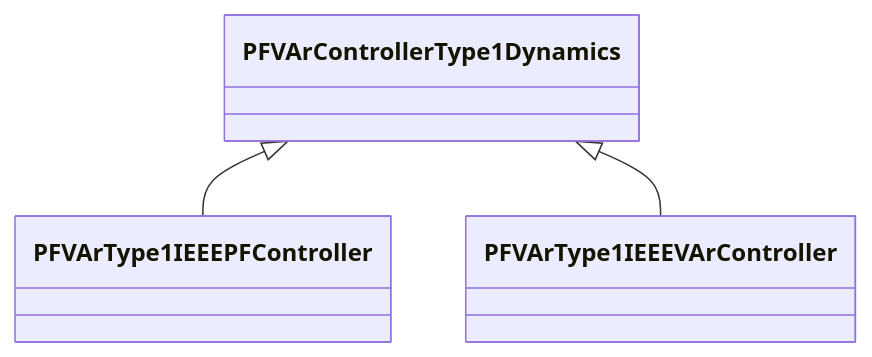
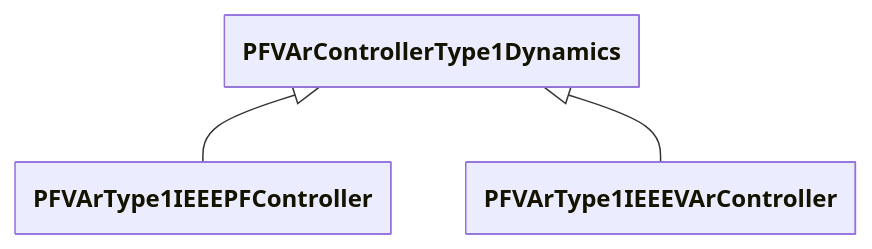
One commit to cim-cgmes/cim-cgmes.github.io changed the diagram in pages/docs/Profiles/Package_PFVArControllerType1Dynamics.md. Above: the diagram before and after it, drawn with Mermaid. The commit also changed 561 other files, not shown here.

````diff
--- a/pages/docs/Profiles/Package_PFVArControllerType1Dynamics.md
+++ b/pages/docs/Profiles/Package_PFVArControllerType1Dynamics.md
@@ -5,5 +5,10 @@
 ```mermaid
+---
+  config:
+    class:
+      hideEmptyMembersBox: true
+---
 classDiagram
     PFVArControllerType1Dynamics <|-- PFVArType1IEEEPFController
     PFVArControllerType1Dynamics <|-- PFVArType1IEEEVArController
 ```
````
